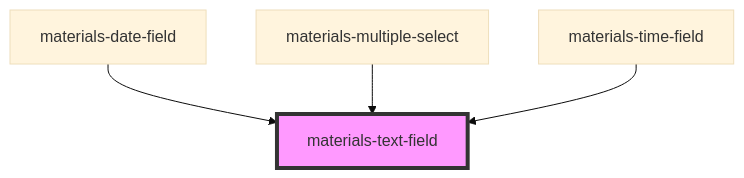
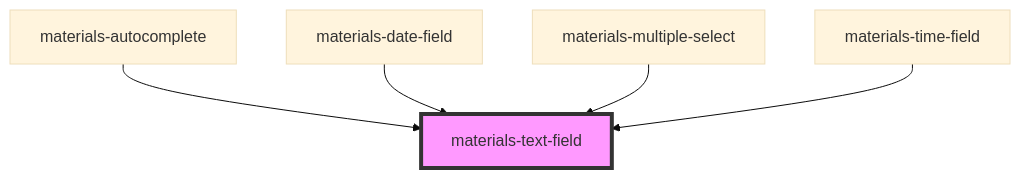
One commit to GMV-centravet/materials-elements changed the diagram in packages/materials/src/components/text-field/readme.md. Above: the diagram before and after it, drawn with Mermaid (base theme). The commit also changed other lines of this file and 30 other files, not shown here.

````diff
--- a/packages/materials/src/components/text-field/readme.md
+++ b/packages/materials/src/components/text-field/readme.md
@@ -73,7 +74,8 @@
 ```mermaid
 graph TD;
+  materials-autocomplete --> materials-text-field
   materials-date-field --> materials-text-field
   materials-multiple-select --> materials-text-field
   materials-time-field --> materials-text-field
   style materials-text-field fill:#f9f,stroke:#333,stroke-width:4px
 ```
````
